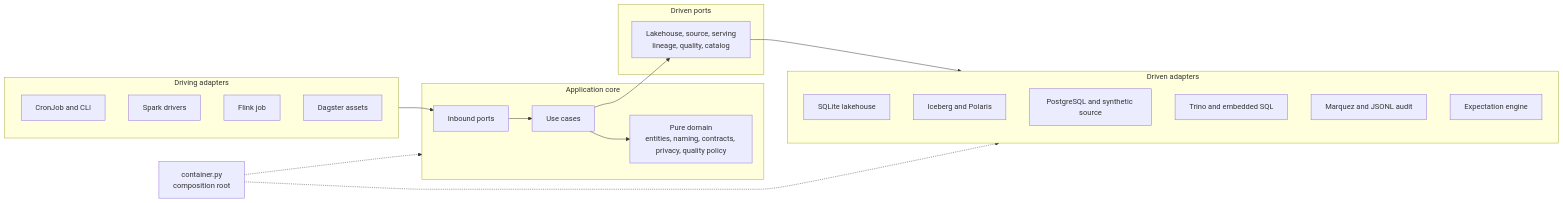
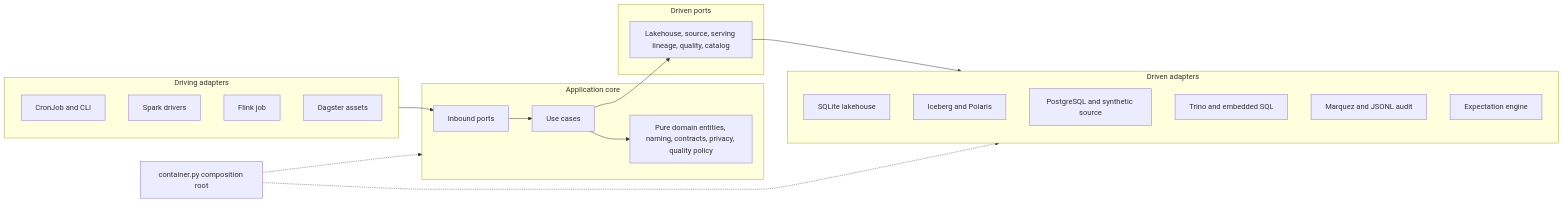
One commit to sergio11/cloud_native_data_architecture_poc changed the seventh of 9 diagrams in README.md. Above: the diagram before and after it, drawn with Mermaid. The commit also changed other lines of this file, not shown here.

Commit message:
docs(readme): align title and harden Mermaid diagrams

````diff
--- a/README.md
+++ b/README.md
@@ -378,35 +380,35 @@
 ```mermaid
-flowchart LR
+graph LR
     subgraph DRIVERS["Driving adapters"]
         D1["CronJob and CLI"]
         D2["Spark drivers"]
         D3["Flink job"]
         D4["Dagster assets"]
     end
 
     subgraph CORE["Application core"]
         PI["Inbound ports"]
         UC["Use cases"]
-        DOM["Pure domain<br/>entities, naming, contracts, privacy, quality policy"]
+        DOM["Pure domain entities, naming, contracts, privacy, quality policy"]
         PI --> UC --> DOM
     end
 
     subgraph OUT["Driven ports"]
-        PO["Lakehouse, source, serving<br/>lineage, quality, catalog"]
+        PO["Lakehouse, source, serving lineage, quality, catalog"]
     end
 
     subgraph ADAPTERS["Driven adapters"]
         A1["SQLite lakehouse"]
         A2["Iceberg and Polaris"]
         A3["PostgreSQL and synthetic source"]
         A4["Trino and embedded SQL"]
         A5["Marquez and JSONL audit"]
         A6["Expectation engine"]
     end
 
     DRIVERS --> PI
     UC --> PO
     PO --> ADAPTERS
-    ROOT["container.py<br/>composition root"] -.-> ADAPTERS
+    ROOT["container.py composition root"] -.-> ADAPTERS
     ROOT -.-> CORE
 ```
````
